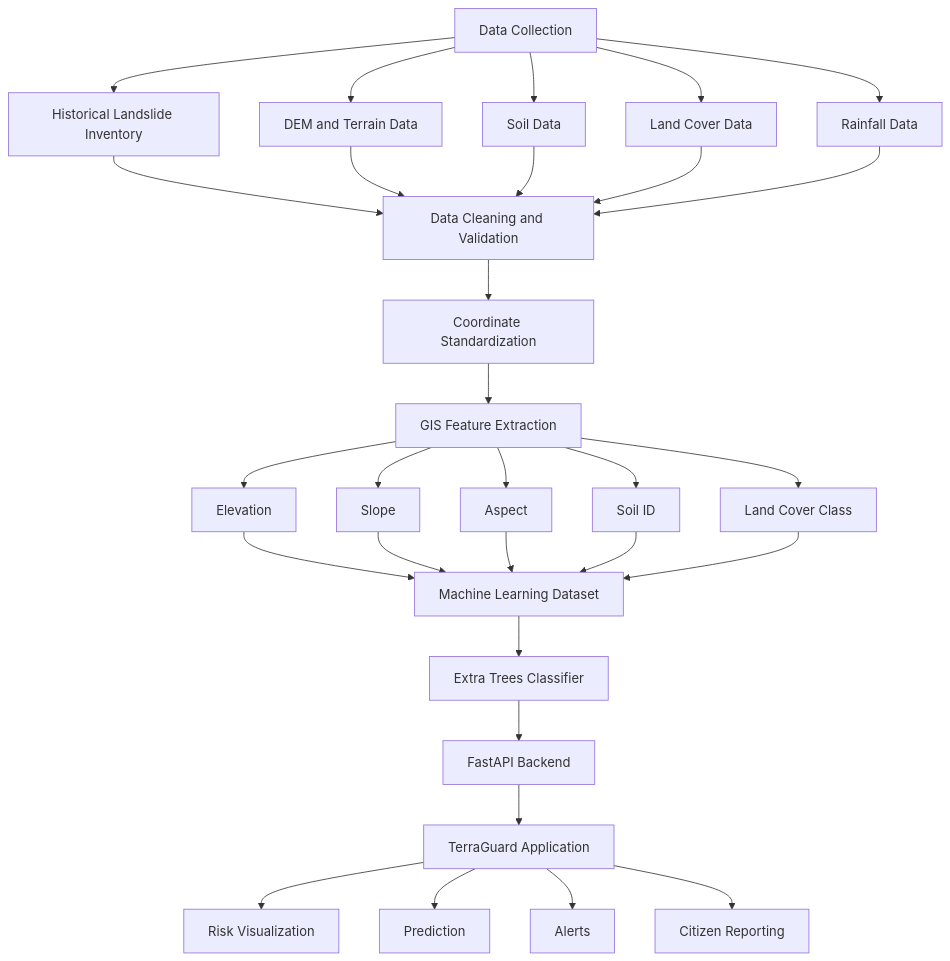
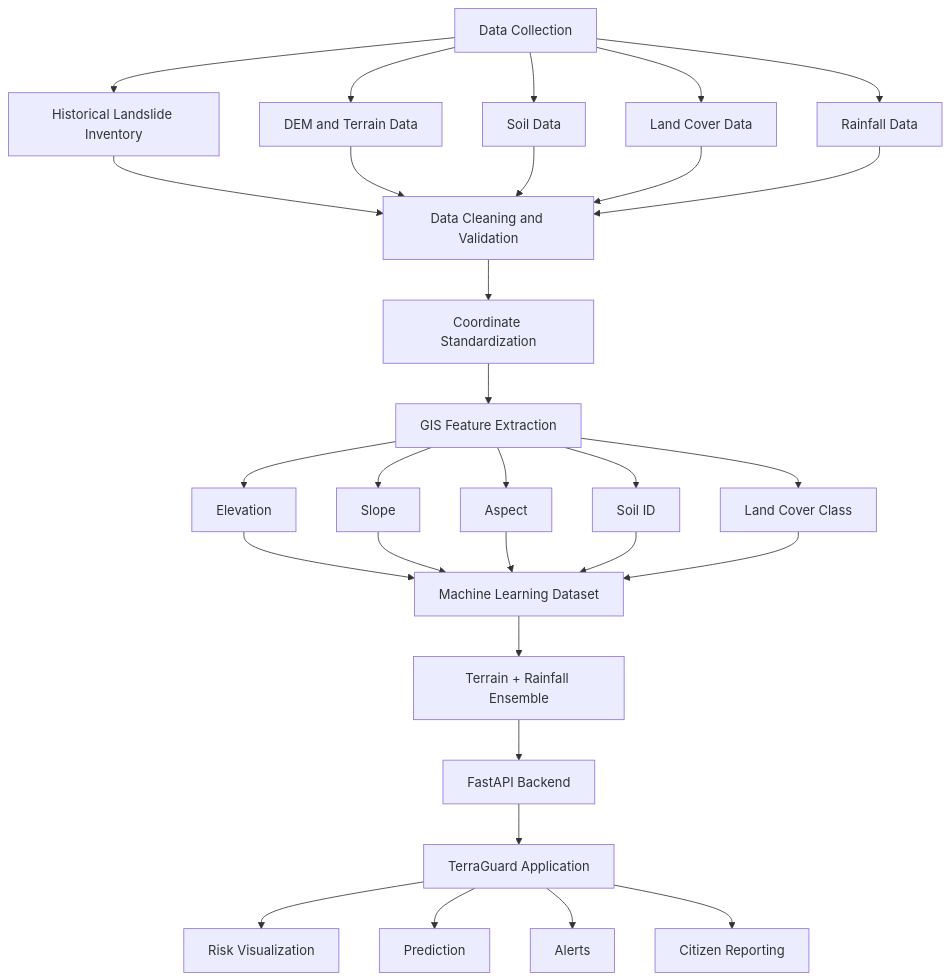
One commit to frostblack548-stack/landslide-detection-system changed the diagram in README.md. Above: the diagram before and after it, drawn with Mermaid. The commit also changed other lines of this file and 15 other files, not shown here.

````diff
--- a/README.md
+++ b/README.md
@@ -319,41 +319,41 @@
 ```mermaid
 flowchart TD
 
     A[Data Collection]
 
     A --> B[Historical Landslide Inventory]
     A --> C[DEM and Terrain Data]
     A --> D[Soil Data]
     A --> E[Land Cover Data]
     A --> F[Rainfall Data]
 
     B --> G[Data Cleaning and Validation]
     C --> G
     D --> G
     E --> G
     F --> G
 
     G --> H[Coordinate Standardization]
     H --> I[GIS Feature Extraction]
 
     I --> J[Elevation]
     I --> K[Slope]
     I --> L[Aspect]
     I --> M[Soil ID]
     I --> N[Land Cover Class]
 
     J --> O[Machine Learning Dataset]
     K --> O
     L --> O
     M --> O
     N --> O
 
-    O --> P[Extra Trees Classifier]
+      O --> P[Terrain + Rainfall Ensemble]
     P --> Q[FastAPI Backend]
     Q --> R[TerraGuard Application]
 
     R --> S[Risk Visualization]
     R --> T[Prediction]
     R --> U[Alerts]
     R --> V[Citizen Reporting]
 ```
````
